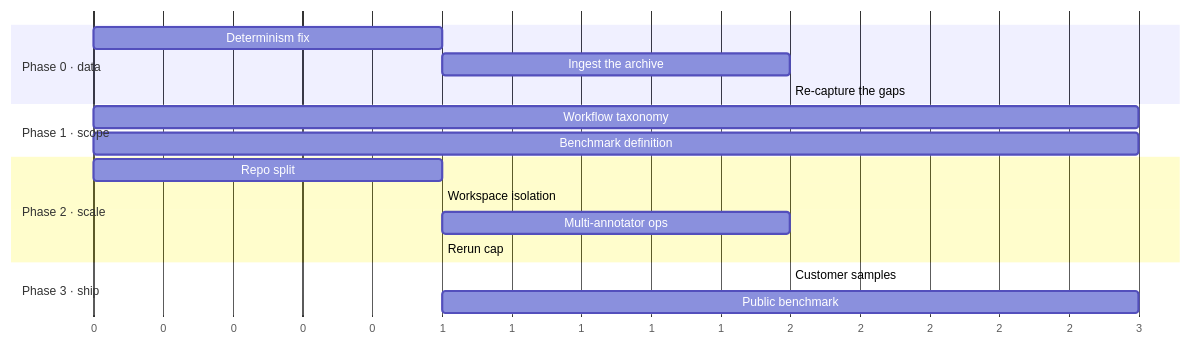
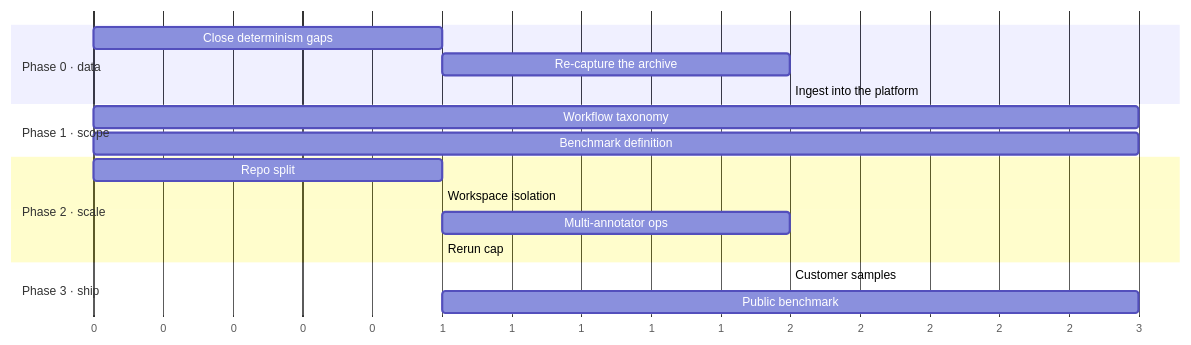
Before and after one commit to dhigdec/browser-gym-annotation: the diagram in docs/ROADMAP.md, drawn with Mermaid. The commit also changed other lines of this file and 1 other file, not shown here.

First line of the commit message:
docs: correct the determinism claim — the gym is fine, the archive is stale

````diff
--- a/docs/ROADMAP.md
+++ b/docs/ROADMAP.md
@@ -214,20 +220,20 @@
 ```mermaid
 gantt
     dateFormat X
     axisFormat %s
     section Phase 0 · data
-    Determinism fix            :p01, 0, 1
-    Ingest the archive         :p02, after p01, 2
-    Re-capture the gaps        :p03, after p02, 2
+    Close determinism gaps     :p01, 0, 1
+    Re-capture the archive     :p02, after p01, 2
+    Ingest into the platform   :p03, after p02, 2
     section Phase 1 · scope
     Workflow taxonomy          :p11, 0, 3
     Benchmark definition       :p12, 0, 3
     section Phase 2 · scale
     Repo split                 :p21, 1, 1
     Workspace isolation        :p22, after p02, 1
     Multi-annotator ops        :p23, after p22, 2
     Rerun cap                  :p24, after p23, 1
     section Phase 3 · ship
     Customer samples           :p31, after p03, 2
     Public benchmark           :p32, after p24, 3
 ```
````
